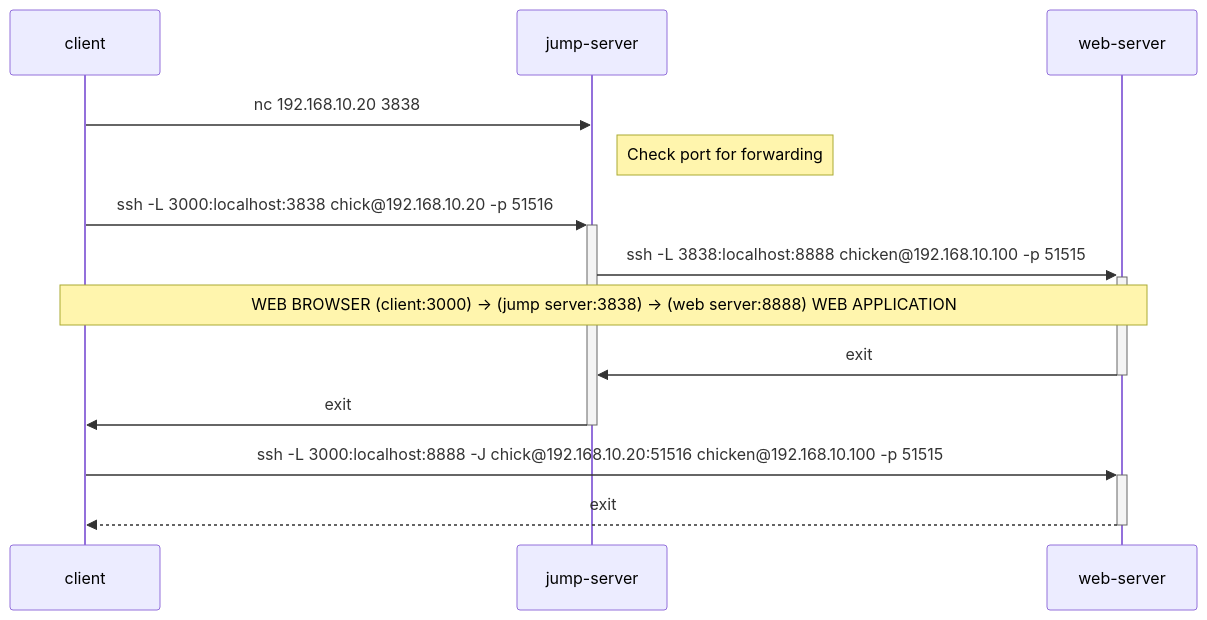
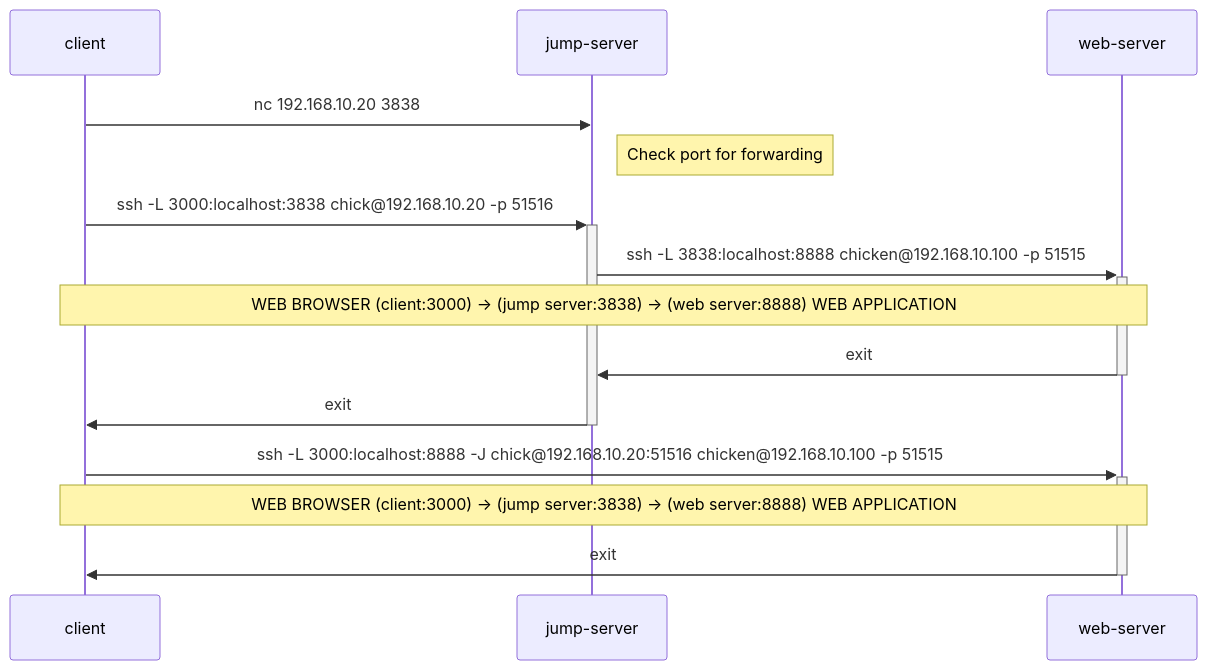
The first of 2 diagrams in local-port-forward.md (qwasium/ssh-memo), drawn with Mermaid before and after one commit.

````diff
--- a/local-port-forward.md
+++ b/local-port-forward.md
@@ -45,14 +45,15 @@
 ```mermaid
 sequenceDiagram
   client ->> jump-server: nc 192.168.10.20 3838
   Note right of jump-server: Check port for forwarding
   client ->> +jump-server: ssh -L 3000:localhost:3838 chick@192.168.10.20 -p 51516
   jump-server ->> +web-server: ssh -L 3838:localhost:8888 chicken@192.168.10.100 -p 51515
   Note over client,web-server: WEB BROWSER (client:3000) -> (jump server:3838) -> (web server:8888) WEB APPLICATION
   web-server ->> -jump-server: exit
   jump-server ->> -client: exit
 
   client ->> +web-server: ssh -L 3000:localhost:8888 -J chick@192.168.10.20:51516 chicken@192.168.10.100 -p 51515
-  web-server -->> -client: exit
+  Note over client,web-server: WEB BROWSER (client:3000) -> (jump server:3838) -> (web server:8888) WEB APPLICATION
+  web-server ->> -client: exit
 
 ```
````
